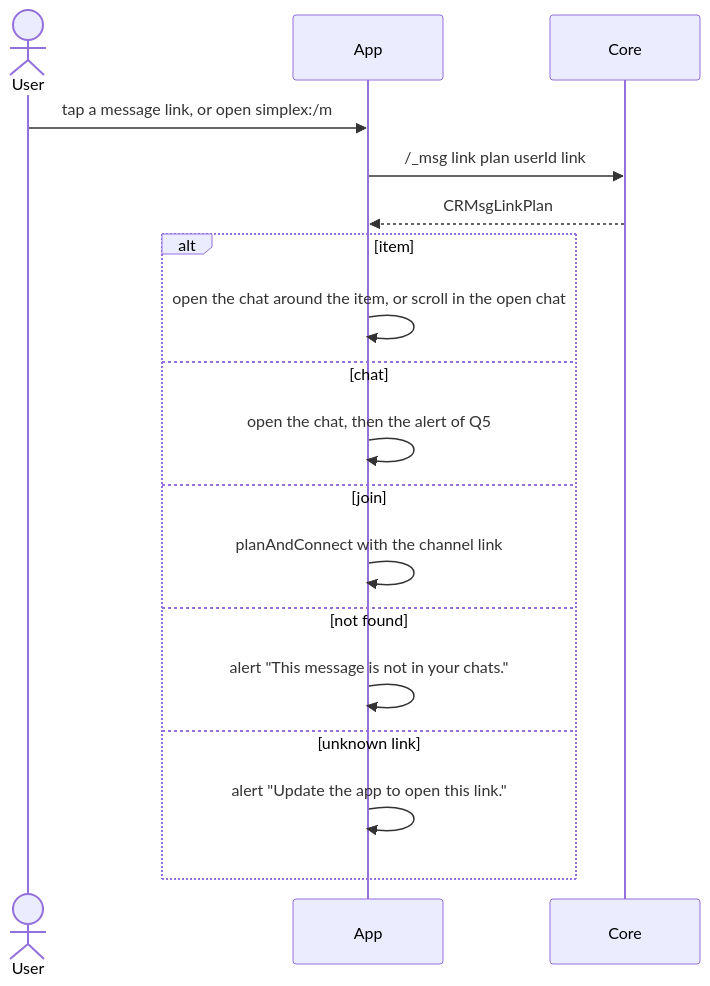
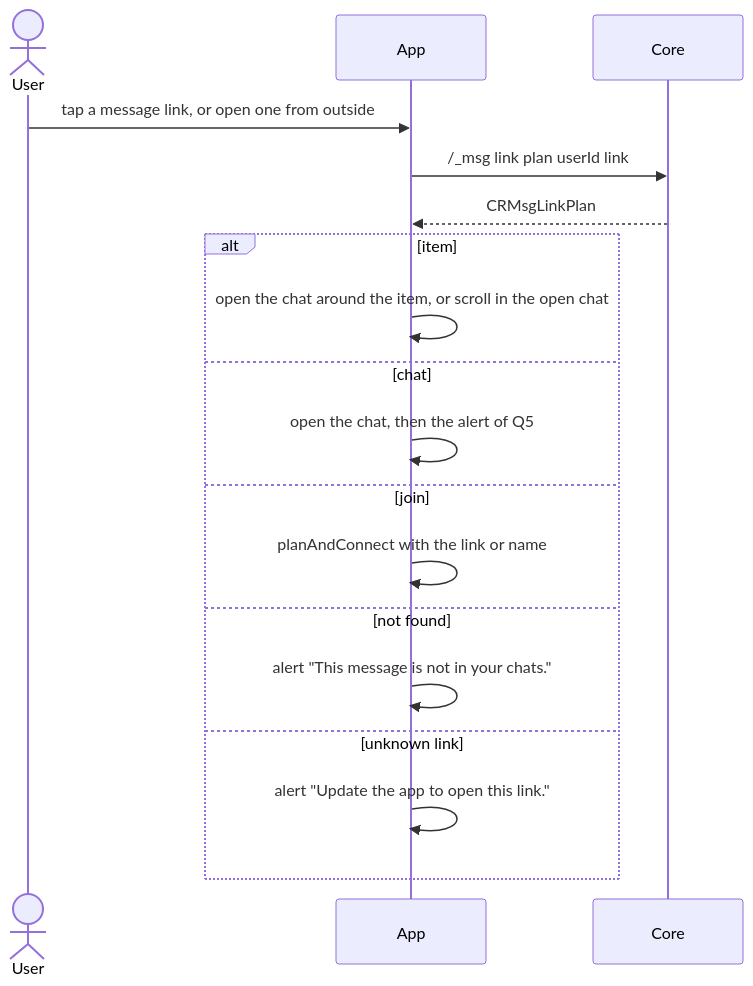
The fourth of 5 diagrams in plans/2026-11-22-message-references.md (evgeny-simplex/simplex-chat), drawn with Mermaid before and after one commit. The commit also changed other lines of this file, not shown here.

Commit message:
core: plan links to posts of channels the reader is not in

````diff
--- a/plans/2026-11-22-message-references.md
+++ b/plans/2026-11-22-message-references.md
@@ -226,20 +272,20 @@
 ```mermaid
 sequenceDiagram
   actor U as User
   participant A as App
   participant C as Core
-  U->>A: tap a message link, or open simplex:/m# from outside
+  U->>A: tap a message link, or open one from outside
   A->>C: /_msg link plan userId link
   C-->>A: CRMsgLinkPlan
   alt item
     A->>A: open the chat around the item, or scroll in the open chat
   else chat
     A->>A: open the chat, then the alert of Q5
   else join
-    A->>A: planAndConnect with the channel link
+    A->>A: planAndConnect with the link or name
   else not found
     A->>A: alert "This message is not in your chats."
   else unknown link
     A->>A: alert "Update the app to open this link."
   end
 ```
````
